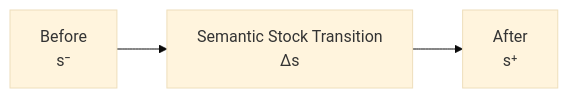
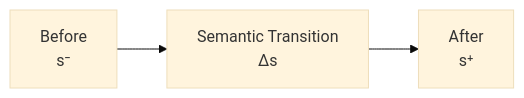
Before and after one commit to niikei/accounting-state-model: the first of 2 diagrams in theory/03-transition.md, drawn with Mermaid (base theme). The commit also changed other lines of this file and 8 other files, not shown here.

````diff
--- a/theory/03-transition.md
+++ b/theory/03-transition.md
@@ -68,8 +83,8 @@
 ```mermaid
 flowchart LR
     BEFORE["Before<br/>s⁻"]
-    CHANGE["Semantic Stock Transition<br/>Δs"]
+    TRANS["Semantic Transition<br/>Δs"]
     AFTER["After<br/>s⁺"]
 
-    BEFORE --> CHANGE --> AFTER
+    BEFORE --> TRANS --> AFTER
 ```
````
